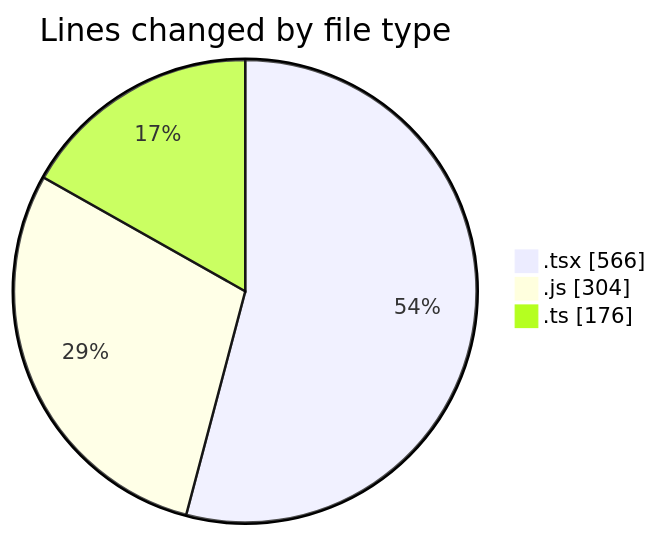
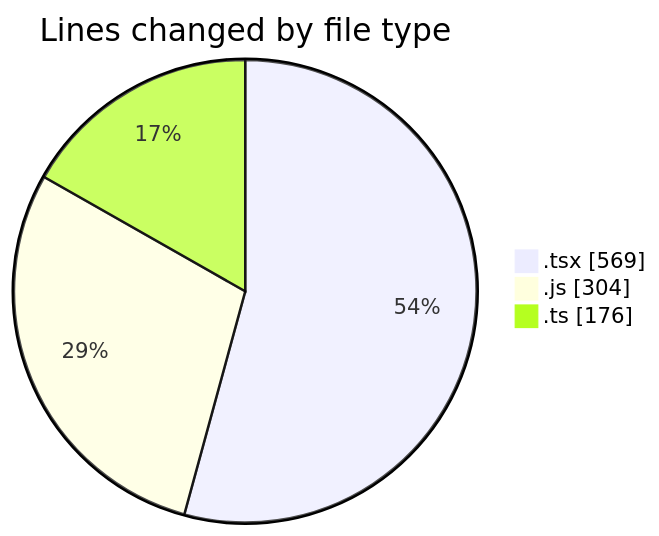
The first of 2 diagrams in 2025-02-26/cda/README.md (momahboobian/code-tracking), drawn with Mermaid before and after one commit. The commit also changed other lines of this file and 1 other file, not shown here.

````diff
--- a/2025-02-26/cda/README.md
+++ b/2025-02-26/cda/README.md
@@ -30,7 +30,7 @@
 ```mermaid
 pie showData
 title Lines changed by file type
-".tsx" : 566
+".tsx" : 569
 ".js" : 304
 ".ts" : 176
 ```
````
